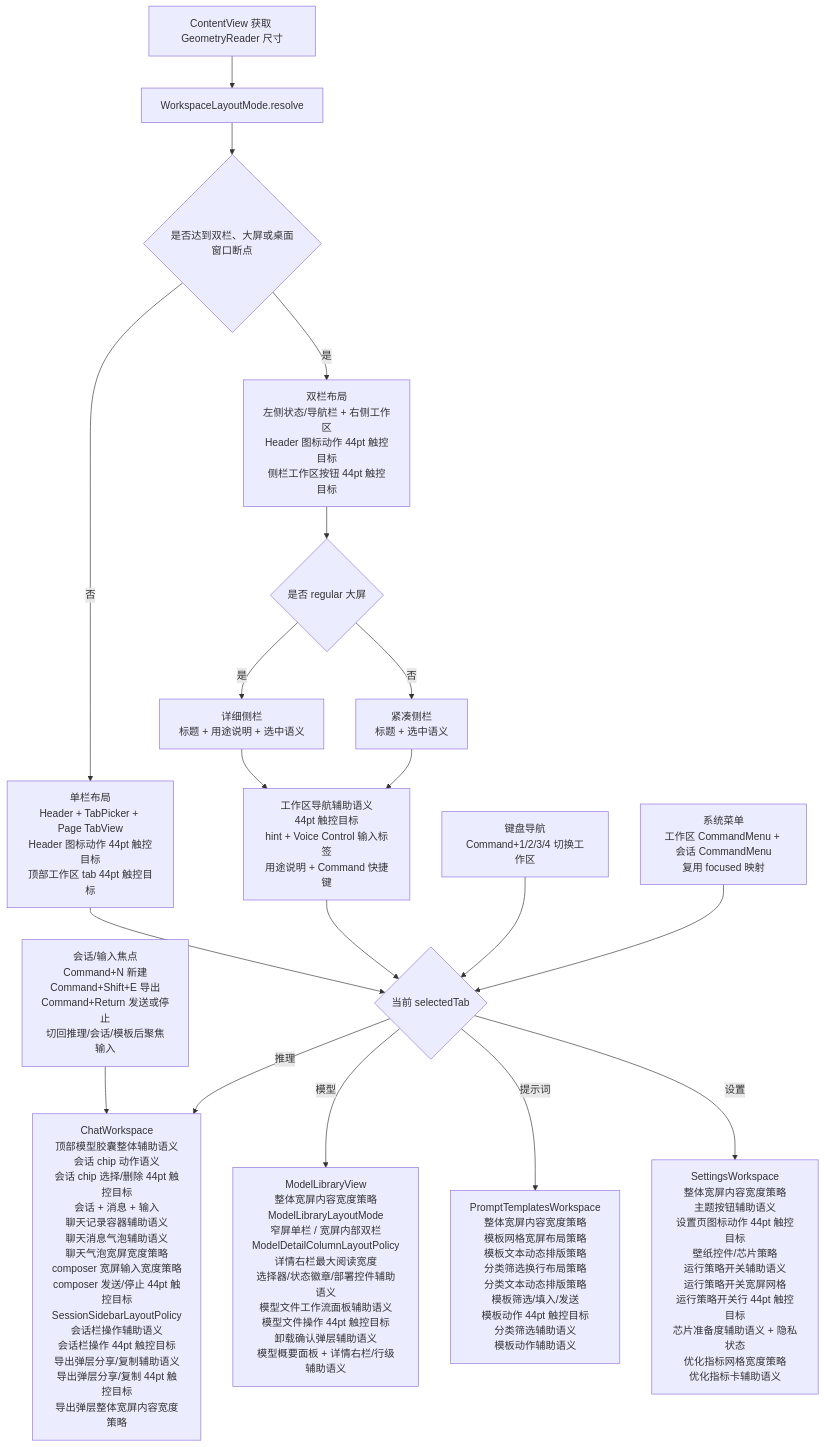
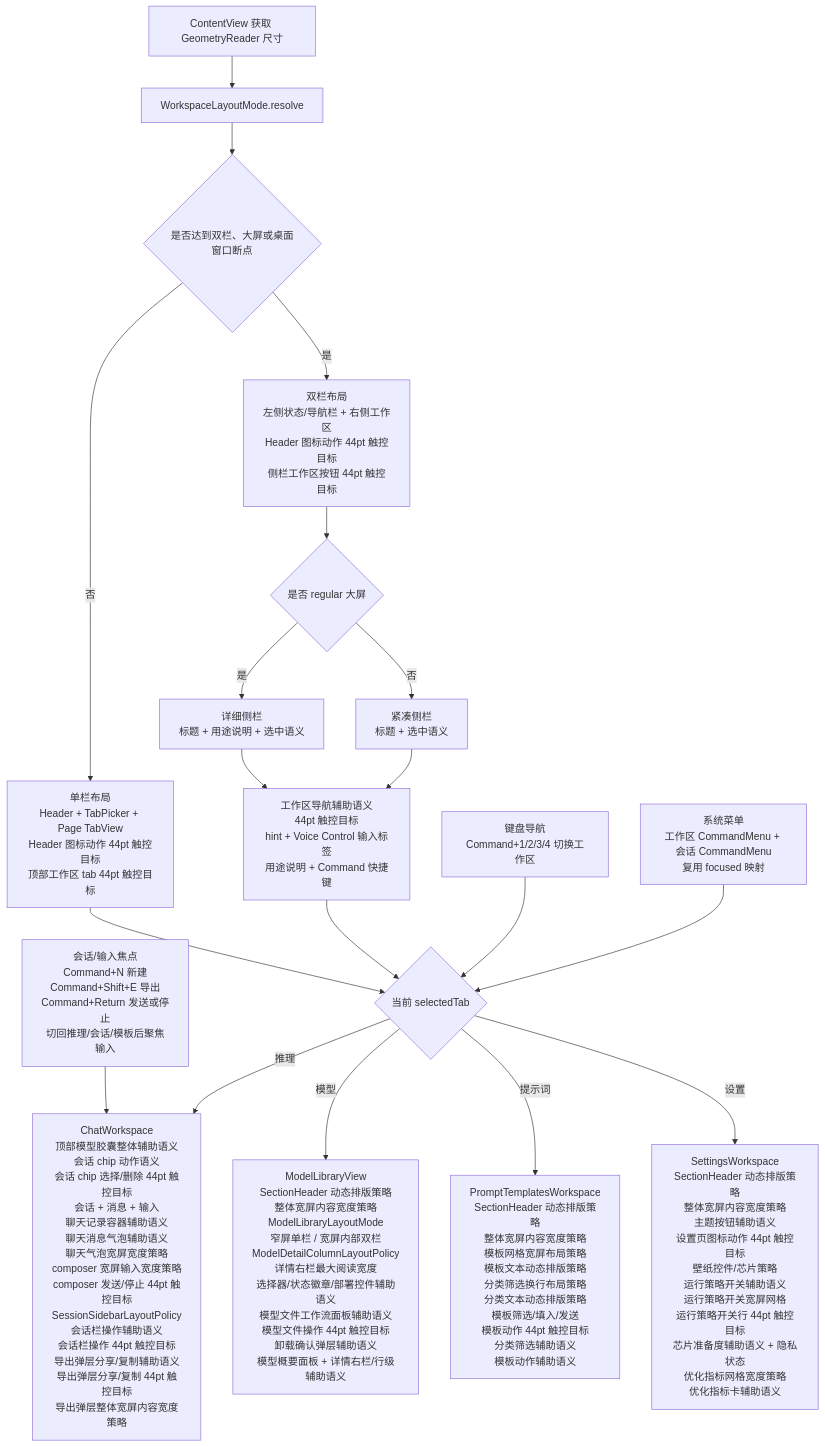
The fifth of 10 diagrams in md/flow/flowchart.md (Altman-sam114/113), drawn with Mermaid before and after one commit. The commit also changed other lines of this file and 8 other files, not shown here.

````diff
--- a/md/flow/flowchart.md
+++ b/md/flow/flowchart.md
@@ -84,21 +84,21 @@
 ```mermaid
 flowchart TD
     A[ContentView 获取 GeometryReader 尺寸] --> B[WorkspaceLayoutMode.resolve]
     B --> C{是否达到双栏、大屏或桌面窗口断点}
     C -- 否 --> D[单栏布局<br/>Header + TabPicker + Page TabView<br/>Header 图标动作 44pt 触控目标<br/>顶部工作区 tab 44pt 触控目标]
     C -- 是 --> E[双栏布局<br/>左侧状态/导航栏 + 右侧工作区<br/>Header 图标动作 44pt 触控目标<br/>侧栏工作区按钮 44pt 触控目标]
     E --> N{是否 regular 大屏}
     N -- 是 --> O[详细侧栏<br/>标题 + 用途说明 + 选中语义]
     N -- 否 --> P[紧凑侧栏<br/>标题 + 选中语义]
     D --> F{当前 selectedTab}
     O --> X[工作区导航辅助语义<br/>44pt 触控目标<br/>hint + Voice Control 输入标签<br/>用途说明 + Command 快捷键]
     P --> X
     X --> F
     K[键盘导航<br/>Command+1/2/3/4 切换工作区] --> F
     M[系统菜单<br/>工作区 CommandMenu + 会话 CommandMenu<br/>复用 focused 映射] --> F
     L[会话/输入焦点<br/>Command+N 新建<br/>Command+Shift+E 导出<br/>Command+Return 发送或停止<br/>切回推理/会话/模板后聚焦输入] --> G
     F -- 推理 --> G[ChatWorkspace<br/>顶部模型胶囊整体辅助语义<br/>会话 chip 动作语义<br/>会话 chip 选择/删除 44pt 触控目标<br/>会话 + 消息 + 输入<br/>聊天记录容器辅助语义<br/>聊天消息气泡辅助语义<br/>聊天气泡宽屏宽度策略<br/>composer 宽屏输入宽度策略<br/>composer 发送/停止 44pt 触控目标<br/>SessionSidebarLayoutPolicy<br/>会话栏操作辅助语义<br/>会话栏操作 44pt 触控目标<br/>导出弹层分享/复制辅助语义<br/>导出弹层分享/复制 44pt 触控目标<br/>导出弹层整体宽屏内容宽度策略]
-    F -- 模型 --> H[ModelLibraryView<br/>整体宽屏内容宽度策略<br/>ModelLibraryLayoutMode<br/>窄屏单栏 / 宽屏内部双栏<br/>ModelDetailColumnLayoutPolicy<br/>详情右栏最大阅读宽度<br/>选择器/状态徽章/部署控件辅助语义<br/>模型文件工作流面板辅助语义<br/>模型文件操作 44pt 触控目标<br/>卸载确认弹层辅助语义<br/>模型概要面板 + 详情右栏/行级辅助语义]
-    F -- 提示词 --> I[PromptTemplatesWorkspace<br/>整体宽屏内容宽度策略<br/>模板网格宽屏布局策略<br/>模板文本动态排版策略<br/>分类筛选换行布局策略<br/>分类文本动态排版策略<br/>模板筛选/填入/发送<br/>模板动作 44pt 触控目标<br/>分类筛选辅助语义<br/>模板动作辅助语义]
-    F -- 设置 --> J[SettingsWorkspace<br/>整体宽屏内容宽度策略<br/>主题按钮辅助语义<br/>设置页图标动作 44pt 触控目标<br/>壁纸控件/芯片策略<br/>运行策略开关辅助语义<br/>运行策略开关宽屏网格<br/>运行策略开关行 44pt 触控目标<br/>芯片准备度辅助语义 + 隐私状态<br/>优化指标网格宽度策略<br/>优化指标卡辅助语义]
+    F -- 模型 --> H[ModelLibraryView<br/>SectionHeader 动态排版策略<br/>整体宽屏内容宽度策略<br/>ModelLibraryLayoutMode<br/>窄屏单栏 / 宽屏内部双栏<br/>ModelDetailColumnLayoutPolicy<br/>详情右栏最大阅读宽度<br/>选择器/状态徽章/部署控件辅助语义<br/>模型文件工作流面板辅助语义<br/>模型文件操作 44pt 触控目标<br/>卸载确认弹层辅助语义<br/>模型概要面板 + 详情右栏/行级辅助语义]
+    F -- 提示词 --> I[PromptTemplatesWorkspace<br/>SectionHeader 动态排版策略<br/>整体宽屏内容宽度策略<br/>模板网格宽屏布局策略<br/>模板文本动态排版策略<br/>分类筛选换行布局策略<br/>分类文本动态排版策略<br/>模板筛选/填入/发送<br/>模板动作 44pt 触控目标<br/>分类筛选辅助语义<br/>模板动作辅助语义]
+    F -- 设置 --> J[SettingsWorkspace<br/>SectionHeader 动态排版策略<br/>整体宽屏内容宽度策略<br/>主题按钮辅助语义<br/>设置页图标动作 44pt 触控目标<br/>壁纸控件/芯片策略<br/>运行策略开关辅助语义<br/>运行策略开关宽屏网格<br/>运行策略开关行 44pt 触控目标<br/>芯片准备度辅助语义 + 隐私状态<br/>优化指标网格宽度策略<br/>优化指标卡辅助语义]
 ```
````
